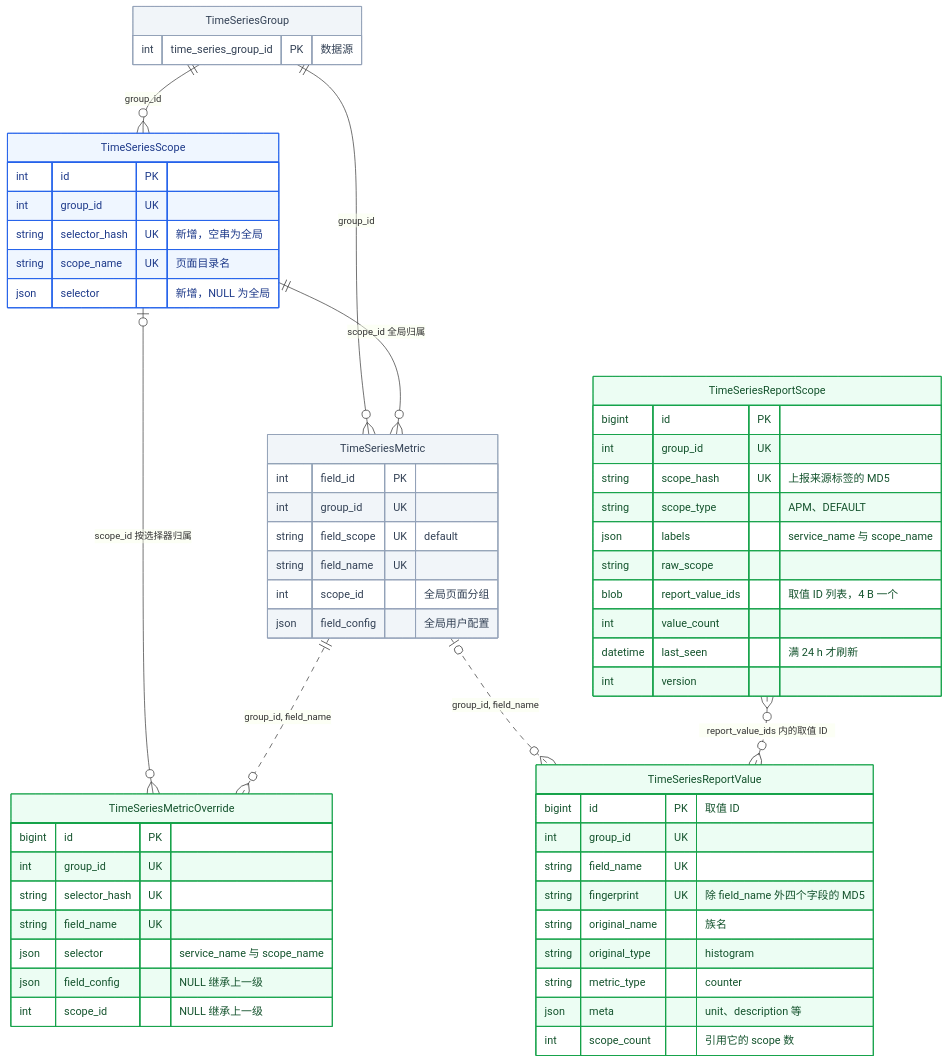
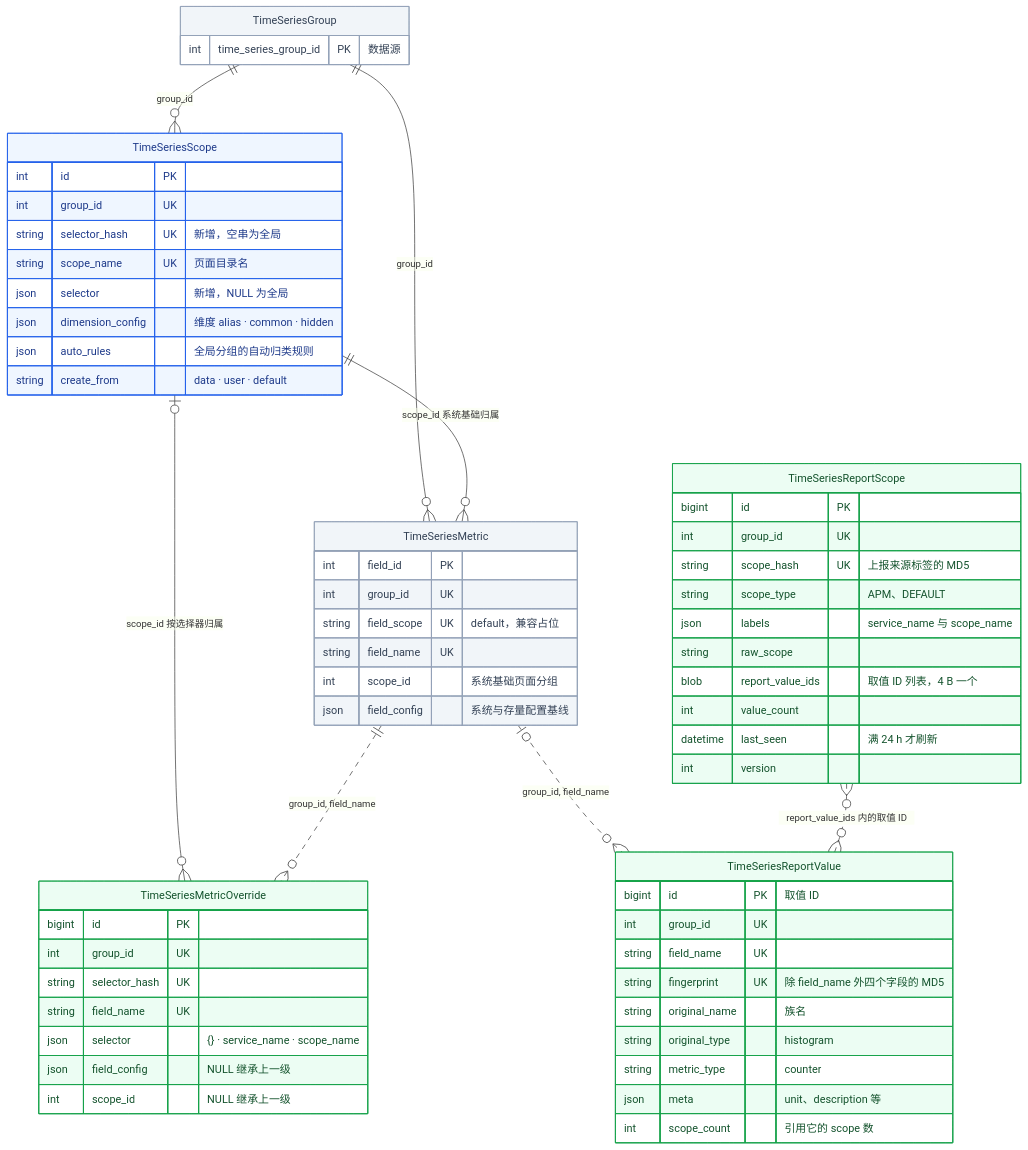
The seventh of 25 diagrams in knowledge/bkmonitor/issues/2026-09-15-custom-metric-metadata/PLAN.md (ZhuoZhuoCrayon/ai-workspace), drawn with Mermaid before and after one commit. The commit also changed other lines of this file, not shown here.

First line of the commit message:
docs(issue): separate custom metric reporting from page edits

````diff
--- a/knowledge/bkmonitor/issues/2026-09-15-custom-metric-metadata/PLAN.md
+++ b/knowledge/bkmonitor/issues/2026-09-15-custom-metric-metadata/PLAN.md
@@ -548,68 +434,71 @@
 ```mermaid
 erDiagram
     TimeSeriesGroup ||--o{ TimeSeriesScope : "group_id"
     TimeSeriesGroup ||--o{ TimeSeriesMetric : "group_id"
-    TimeSeriesScope ||--o{ TimeSeriesMetric : "scope_id 全局归属"
+    TimeSeriesScope ||--o{ TimeSeriesMetric : "scope_id 系统基础归属"
     TimeSeriesScope |o--o{ TimeSeriesMetricOverride : "scope_id 按选择器归属"
     TimeSeriesMetric ||..o{ TimeSeriesMetricOverride : "group_id, field_name"
     TimeSeriesMetric |o..o{ TimeSeriesReportValue : "group_id, field_name"
     TimeSeriesReportScope }o..o{ TimeSeriesReportValue : "report_value_ids 内的取值 ID"
 
     TimeSeriesGroup {
         int time_series_group_id PK "数据源"
     }
     TimeSeriesMetric {
         int field_id PK
         int group_id UK
-        string field_scope UK "default"
+        string field_scope UK "default，兼容占位"
         string field_name UK
-        int scope_id "全局页面分组"
-        json field_config "全局用户配置"
+        int scope_id "系统基础页面分组"
+        json field_config "系统与存量配置基线"
     }
     TimeSeriesScope {
         int id PK
         int group_id UK
         string selector_hash UK "新增，空串为全局"
         string scope_name UK "页面目录名"
         json selector "新增，NULL 为全局"
+        json dimension_config "维度 alias · common · hidden"
+        json auto_rules "全局分组的自动归类规则"
+        string create_from "data · user · default"
     }
     TimeSeriesMetricOverride {
         bigint id PK
         int group_id UK
         string selector_hash UK
         string field_name UK
-        json selector "service_name 与 scope_name"
+        json selector "{} · service_name · scope_name"
         json field_config "NULL 继承上一级"
         int scope_id "NULL 继承上一级"
     }
     TimeSeriesReportValue {
         bigint id PK "取值 ID"
         int group_id UK
         string field_name UK
         string fingerprint UK "除 field_name 外四个字段的 MD5"
         string original_name "族名"
         string original_type "histogram"
         string metric_type "counter"
         json meta "unit、description 等"
         int scope_count "引用它的 scope 数"
     }
     TimeSeriesReportScope {
         bigint id PK
         int group_id UK
         string scope_hash UK "上报来源标签的 MD5"
         string scope_type "APM、DEFAULT"
         json labels "service_name 与 scope_name"
         string raw_scope
         blob report_value_ids "取值 ID 列表，4 B 一个"
         int value_count
         datetime last_seen "满 24 h 才刷新"
         int version
     }
 
     classDef add fill:#ecfdf3,stroke:#16a34a,color:#14532d
     classDef change fill:#eff6ff,stroke:#2563eb,color:#1e3a8a
     classDef old fill:#f1f5f9,stroke:#94a3b8,color:#334155
     class TimeSeriesReportValue,TimeSeriesReportScope,TimeSeriesMetricOverride add
     class TimeSeriesScope change
     class TimeSeriesGroup,TimeSeriesMetric old
 ```
````
